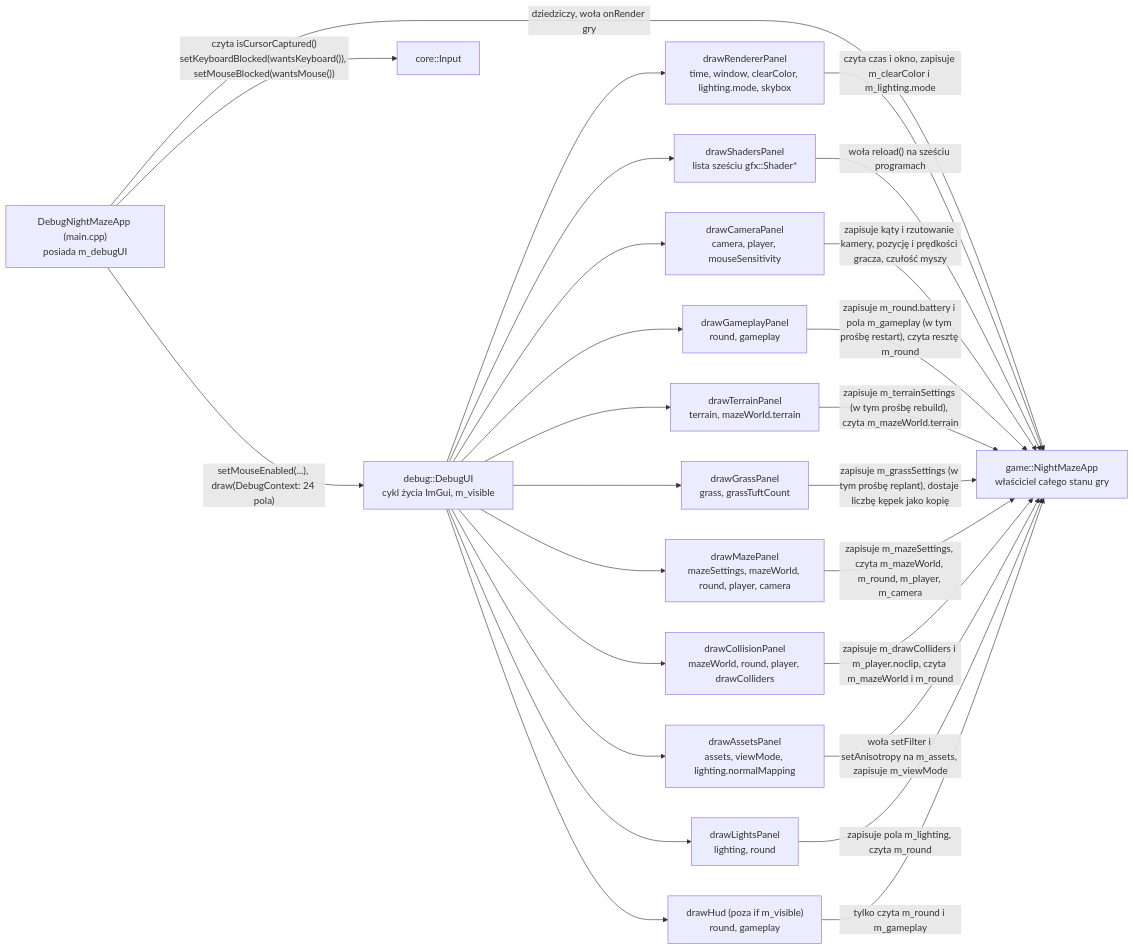
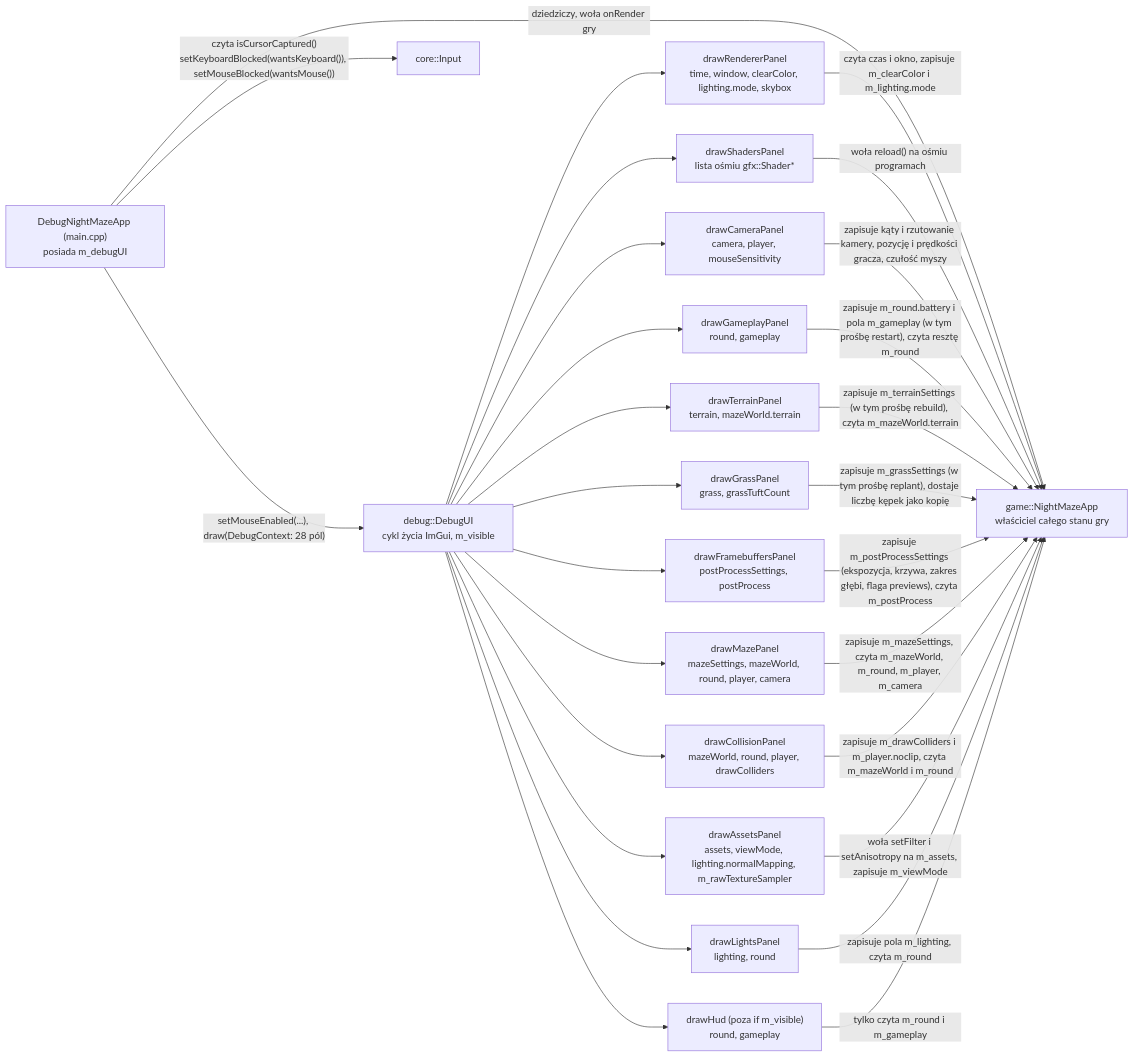
One commit to Shironex/night-maze changed the second of 2 diagrams in docs/modules/debug-ui.md. Above: the diagram before and after it, drawn with Mermaid. The commit also changed other lines of this file and 96 other files, not shown here.

Commit message:
feat(game): render the scene to an hdr buffer with tone mapping and gamma

````diff
--- a/docs/modules/debug-ui.md
+++ b/docs/modules/debug-ui.md
@@ -205,28 +225,30 @@
 ```mermaid
 flowchart LR
-    Main["DebugNightMazeApp (main.cpp)<br/>posiada m_debugUI"] -->|"setMouseEnabled(...), draw(DebugContext: 24 pola)"| UI["debug::DebugUI<br/>cykl życia ImGui, m_visible"]
+    Main["DebugNightMazeApp (main.cpp)<br/>posiada m_debugUI"] -->|"setMouseEnabled(...), draw(DebugContext: 28 pól)"| UI["debug::DebugUI<br/>cykl życia ImGui, m_visible"]
     Main -->|"dziedziczy, woła onRender gry"| Game["game::NightMazeApp<br/>właściciel całego stanu gry"]
     Main -->|"czyta isCursorCaptured()<br/>setKeyboardBlocked(wantsKeyboard()), setMouseBlocked(wantsMouse())"| In["core::Input"]
     UI --> RP["drawRendererPanel<br/>time, window, clearColor, lighting.mode, skybox"]
-    UI --> SP["drawShadersPanel<br/>lista sześciu gfx::Shader*"]
+    UI --> SP["drawShadersPanel<br/>lista ośmiu gfx::Shader*"]
     UI --> CP["drawCameraPanel<br/>camera, player, mouseSensitivity"]
     UI --> GP["drawGameplayPanel<br/>round, gameplay"]
     UI --> TP["drawTerrainPanel<br/>terrain, mazeWorld.terrain"]
     UI --> GR["drawGrassPanel<br/>grass, grassTuftCount"]
+    UI --> FB["drawFramebuffersPanel<br/>postProcessSettings, postProcess"]
     UI --> MP["drawMazePanel<br/>mazeSettings, mazeWorld, round, player, camera"]
     UI --> CO["drawCollisionPanel<br/>mazeWorld, round, player, drawColliders"]
-    UI --> AP["drawAssetsPanel<br/>assets, viewMode, lighting.normalMapping"]
+    UI --> AP["drawAssetsPanel<br/>assets, viewMode, lighting.normalMapping, m_rawTextureSampler"]
     UI --> LP["drawLightsPanel<br/>lighting, round"]
     UI --> HUD["drawHud (poza if m_visible)<br/>round, gameplay"]
     RP -->|"czyta czas i okno, zapisuje m_clearColor i m_lighting.mode"| Game
-    SP -->|"woła reload() na sześciu programach"| Game
+    SP -->|"woła reload() na ośmiu programach"| Game
     CP -->|"zapisuje kąty i rzutowanie kamery, pozycję i prędkości gracza, czułość myszy"| Game
     GP -->|"zapisuje m_round.battery i pola m_gameplay (w tym prośbę restart), czyta resztę m_round"| Game
     TP -->|"zapisuje m_terrainSettings (w tym prośbę rebuild), czyta m_mazeWorld.terrain"| Game
     GR -->|"zapisuje m_grassSettings (w tym prośbę replant), dostaje liczbę kępek jako kopię"| Game
+    FB -->|"zapisuje m_postProcessSettings (ekspozycja, krzywa, zakres głębi, flaga previews), czyta m_postProcess"| Game
     MP -->|"zapisuje m_mazeSettings, czyta m_mazeWorld, m_round, m_player, m_camera"| Game
     CO -->|"zapisuje m_drawColliders i m_player.noclip, czyta m_mazeWorld i m_round"| Game
     AP -->|"woła setFilter i setAnisotropy na m_assets, zapisuje m_viewMode"| Game
     LP -->|"zapisuje pola m_lighting, czyta m_round"| Game
     HUD -->|"tylko czyta m_round i m_gameplay"| Game
 ```
````
